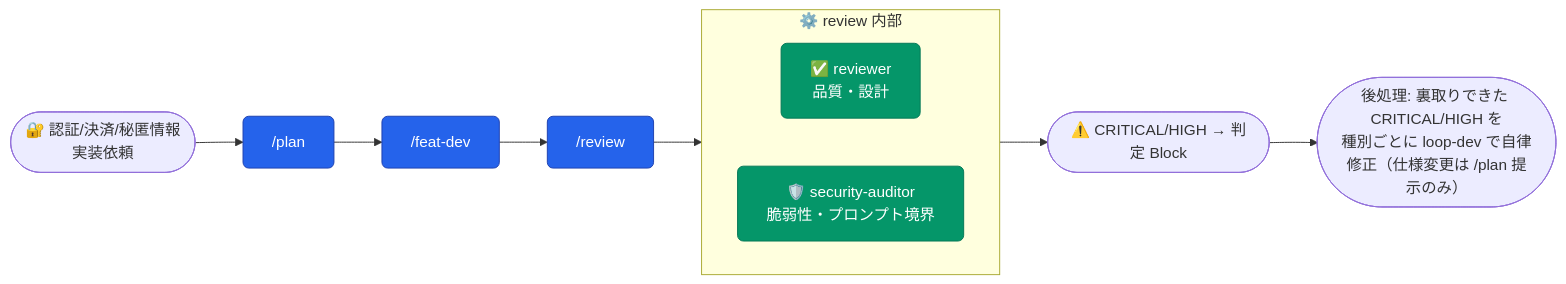
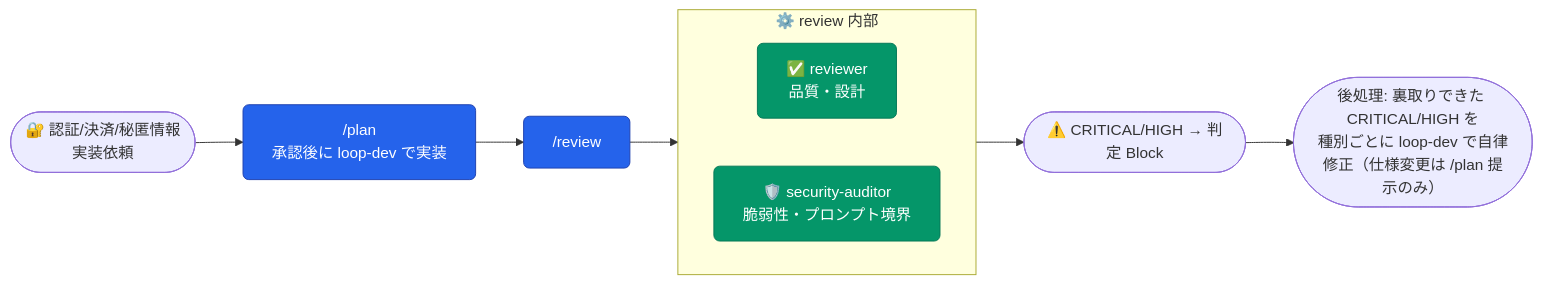
The ninth of 20 diagrams in README.md (aokumablue/claq), drawn with Mermaid before and after one commit. The commit also changed other lines of this file, not shown here.

Commit message:
docs(readme): /plan が承認後に自ら実装する前提で連鎖の案内を直す

````diff
--- a/README.md
+++ b/README.md
@@ -438,20 +434,19 @@
 ```mermaid
 flowchart LR
   classDef cmd    fill:#2563eb,stroke:#1e40af,color:#fff,rx:6
   classDef agent  fill:#059669,stroke:#047857,color:#fff,rx:6
   classDef skill  fill:#7c3aed,stroke:#6d28d9,color:#fff,rx:4
 
-  U(["🔐 認証/決済/秘匿情報<br/>実装依頼"]) --> CP["/plan"]:::cmd
-  CP --> CF["/feat-dev"]:::cmd
-  CF --> CR["/review"]:::cmd
+  U(["🔐 認証/決済/秘匿情報<br/>実装依頼"]) --> CP["/plan<br/>承認後に loop-dev で実装"]:::cmd
+  CP --> CR["/review"]:::cmd
 
   subgraph review["⚙️ review 内部"]
     direction LR
     AR["✅ reviewer<br/>品質・設計"]:::agent
     AS["🛡️ security-auditor<br/>脆弱性・プロンプト境界"]:::agent
   end
 
   CR --> review
   review --> NEXT(["⚠️ CRITICAL/HIGH → 判定 Block"])
   NEXT --> FIXR(["後処理: 裏取りできた CRITICAL/HIGH を<br/>種別ごとに loop-dev で自律修正（仕様変更は /plan 提示のみ）"])
 ```
````
